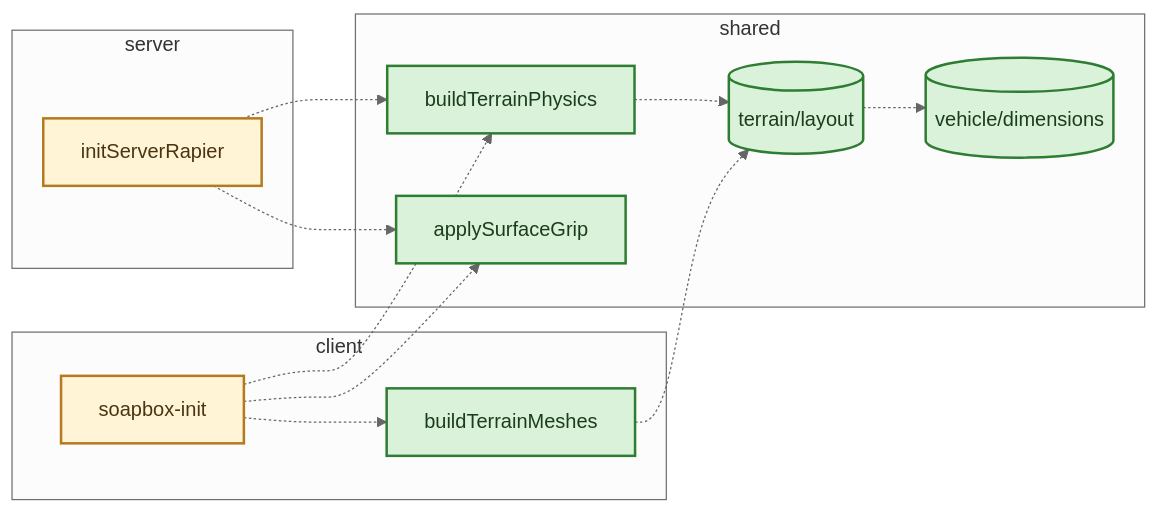
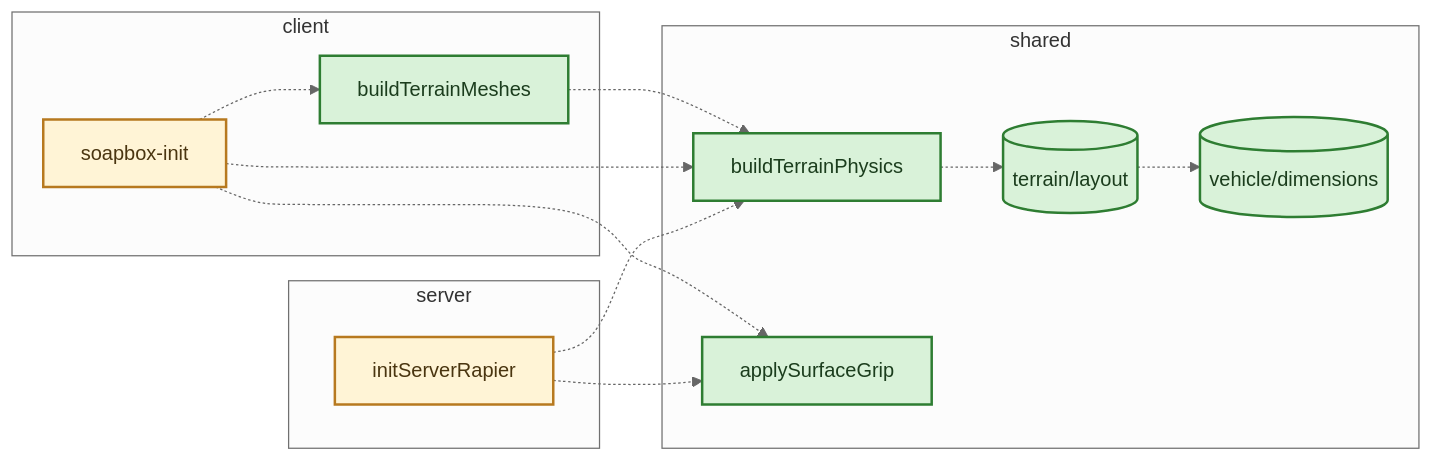
One commit to ChaDonSom/game-loop changed the first of 2 diagrams in notes/plans/terrain.md. Above: the diagram before and after it, drawn with Mermaid (neutral theme). The commit also changed other lines of this file and 23 other files, not shown here.

````diff
--- a/notes/plans/terrain.md
+++ b/notes/plans/terrain.md
@@ -25,29 +25,29 @@
 ```mermaid
 flowchart LR
   subgraph shared
     layout[(terrain/layout)]
     dims[(vehicle/dimensions)]
     physics[buildTerrainPhysics]
     grip[applySurfaceGrip]
   end
   subgraph server
     srv[initServerRapier]
   end
   subgraph client
     init[soapbox-init]
     meshes[buildTerrainMeshes]
   end
   srv -.-> physics
   srv -.-> grip
   init -.-> physics
   init -.-> grip
   init -.-> meshes
   physics -.-> layout
-  meshes -.-> layout
+  meshes -.-> physics
   layout -.-> dims
   class layout,dims,physics,grip,meshes new
   class srv,init changed
   classDef new fill:#d9f2d9,stroke:#2e7d32,stroke-width:2px,color:#1b3d1d
   classDef changed fill:#fff4d6,stroke:#b7791f,stroke-width:2px,color:#4a3510
   classDef existing fill:#eeeeee,stroke:#9e9e9e,color:#616161
 ```
````
